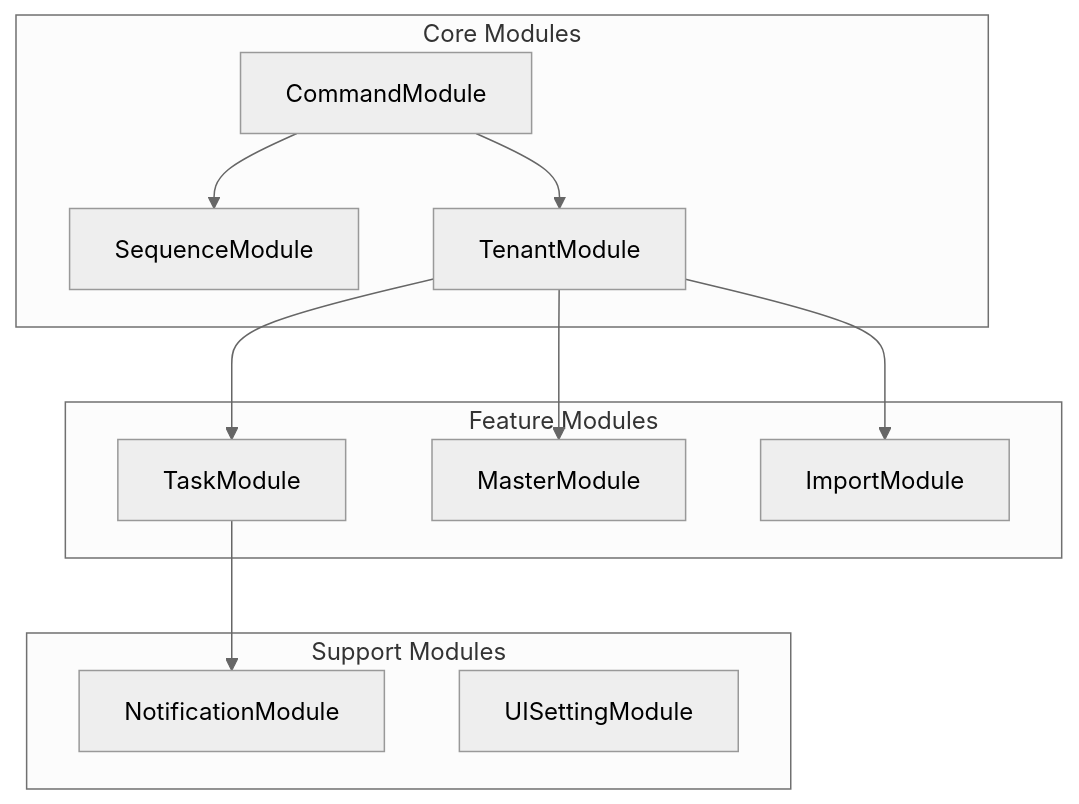
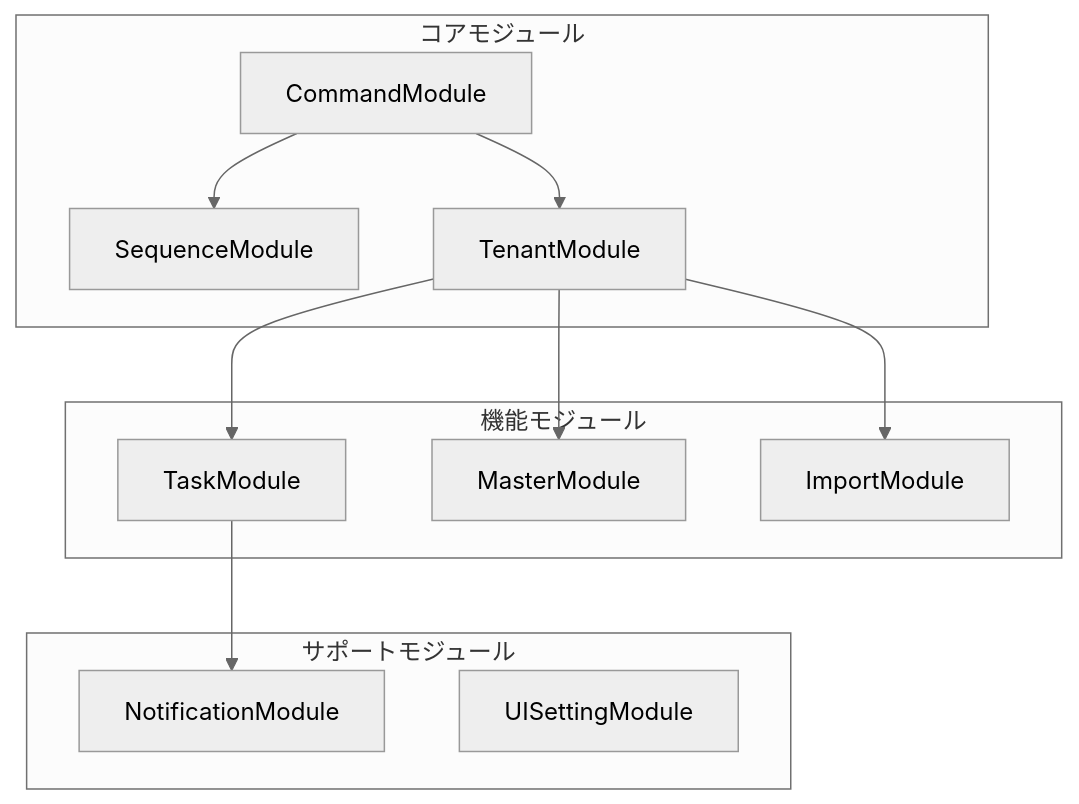
Before and after one commit to mbc-net/mbc-cqrs-serverless-doc: the diagram in i18n/ja/docusaurus-plugin-content-docs/current/api-reference.md, drawn with Mermaid (neutral theme). The commit also changed other lines of this file and 3 other files, not shown here.

````diff
--- a/i18n/ja/docusaurus-plugin-content-docs/current/api-reference.md
+++ b/i18n/ja/docusaurus-plugin-content-docs/current/api-reference.md
@@ -11,26 +11,26 @@
 ```mermaid
 graph TB
-    subgraph "Core Modules"
+    subgraph "コアモジュール"
         A["CommandModule"]
         B["SequenceModule"]
         C["TenantModule"]
     end
 
-    subgraph "Feature Modules"
+    subgraph "機能モジュール"
         D["TaskModule"]
         E["MasterModule"]
         F["ImportModule"]
     end
 
-    subgraph "Support Modules"
+    subgraph "サポートモジュール"
         G["NotificationModule"]
         H["UISettingModule"]
     end
 
     A --> B
     A --> C
     C --> D
     C --> E
     C --> F
     D --> G
 ```
````
